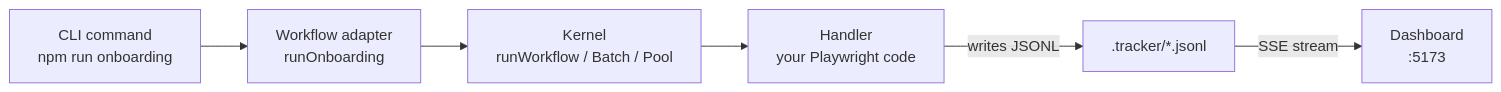
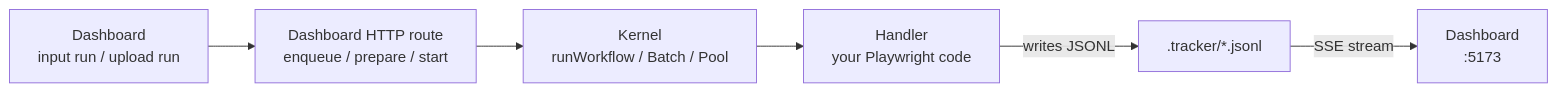
The first of 16 diagrams in docs/engineering/architecture-deep-dive.md (julianthant/hr-automation), drawn with Mermaid before and after one commit. The commit also changed other lines of this file and 70 other files, not shown here.

First line of the commit message:
wip: input-run dashboard refactor + OCR approval-signal scaffolding

````diff
--- a/docs/engineering/architecture-deep-dive.md
+++ b/docs/engineering/architecture-deep-dive.md
@@ -38,8 +38,8 @@
 ```mermaid
 flowchart LR
-    A[CLI command<br/>npm run onboarding] --> B[Workflow adapter<br/>runOnboarding]
+    A[Dashboard<br/>input run / upload run] --> B[Dashboard HTTP route<br/>enqueue / prepare / start]
     B --> C[Kernel<br/>runWorkflow / Batch / Pool]
     C --> D[Handler<br/>your Playwright code]
     D -->|writes JSONL| E[.tracker/*.jsonl]
     E -->|SSE stream| F[Dashboard<br/>:5173]
 ```
````
